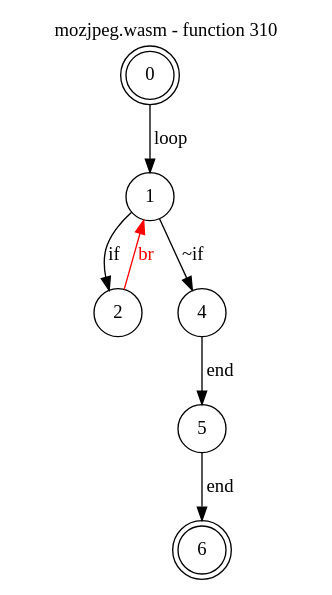
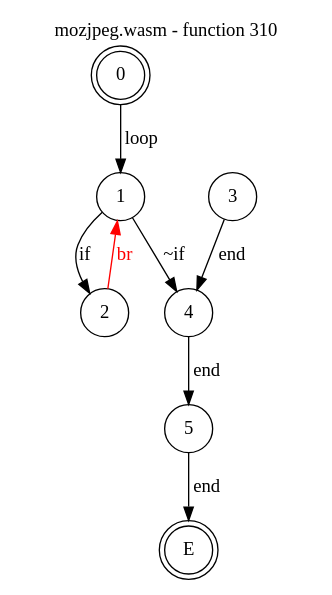
The diagram in test_cases/mozjpeg/funcs/mozjpeg-func310.dot (jsCarleton/wanalyze), drawn with Graphviz before and after one commit. The commit also changed 516 other files, not shown here.

```diff
--- a/test_cases/mozjpeg/funcs/mozjpeg-func310.dot
+++ b/test_cases/mozjpeg/funcs/mozjpeg-func310.dot
@@ -1,15 +1,16 @@
 digraph finite_state_machine {
     label = "mozjpeg.wasm - function 310"
     labelloc =  t
     labelfontsize = 16
     labelfontcolor = black
     labelfontname = "Helvetica"
-    node [shape = doublecircle]; 0 6;
+    node [shape = doublecircle]; 0 E ;
     node [shape = circle];
     0 -> 1[label="loop"];
     1 -> 2[label="if"];
     1 -> 4[label="~if"];
     2 -> 1[color="red" fontcolor="red" label="br"];
+    3 -> 4[label="end"];
     4 -> 5[label="end"];
-    5 -> 6[label="end"];
+    5 -> E[label="end"];
 }
```
